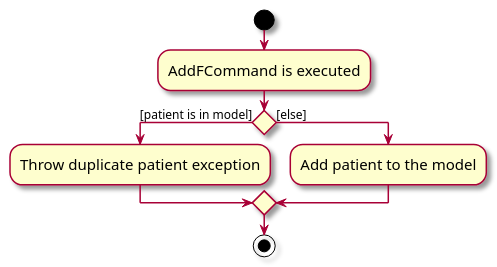
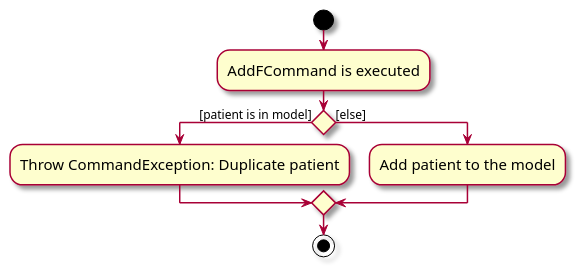
Before and after one commit to nus-cs2103-AY2425S1/tp: the diagram in docs/diagrams/AddFActivityDiagram.puml, drawn with PlantUML. The commit also changed 41 other files, not shown here.

Commit message:
Export puml diagrams

```diff
--- a/docs/diagrams/AddFActivityDiagram.puml
+++ b/docs/diagrams/AddFActivityDiagram.puml
@@ -1,14 +1,14 @@
 @startuml
 skin rose
 skinparam ActivityFontSize 15
 skinparam ArrowFontSize 12
 start
 :AddFCommand is executed;
 
 if () then ([patient is in model])
-    :Throw duplicate patient exception;
+    :Throw CommandException: Duplicate patient;
 else ([else])
     :Add patient to the model;
 endif
 stop
 @enduml
```
